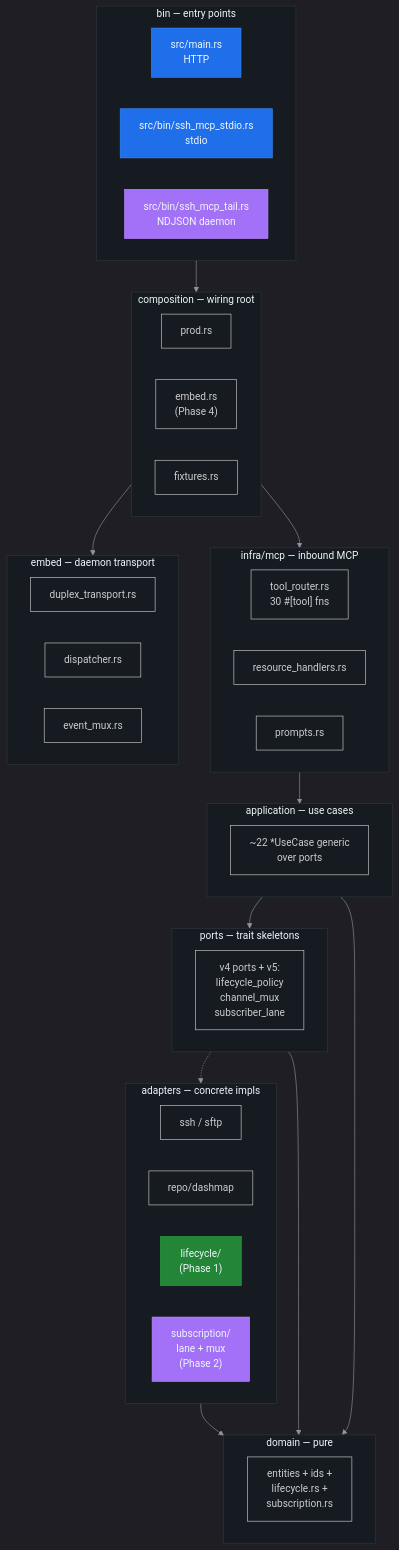
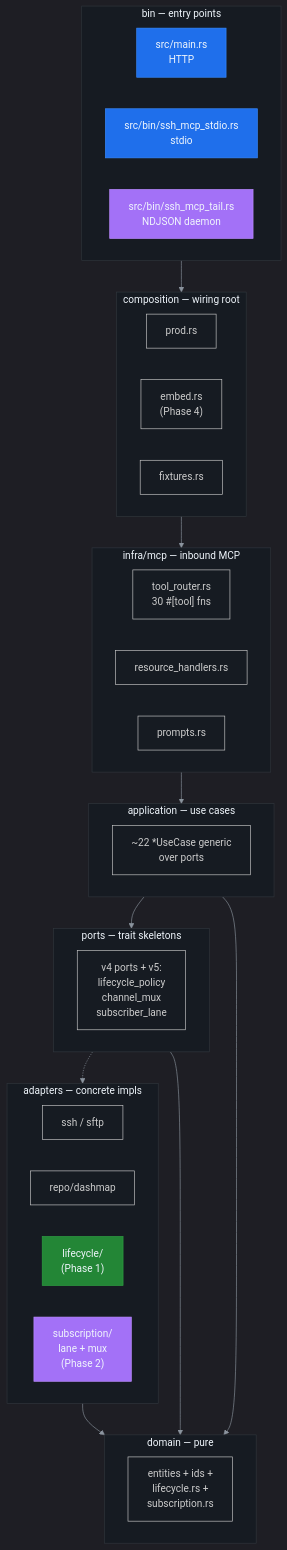
The first of 3 diagrams in CLAUDE.md (farchanjo/ssh-mcp), drawn with Mermaid before and after one commit. The commit also changed other lines of this file, not shown here.

First line of the commit message:
docs(cleanup): compact CLAUDE.md (remove ARCHITECTURE overlap)

````diff
--- a/CLAUDE.md
+++ b/CLAUDE.md
@@ -34,63 +26,56 @@
 ```mermaid
 %%{init: {'theme':'dark','themeVariables':{'primaryColor':'#1f6feb','primaryTextColor':'#f0f6fc','primaryBorderColor':'#388bfd','lineColor':'#8b949e','secondaryColor':'#161b22','tertiaryColor':'#21262d','background':'#0d1117','mainBkg':'#161b22','secondBkg':'#21262d','tertiaryBkg':'#0d1117','nodeTextColor':'#f0f6fc','edgeLabelBackground':'#21262d','clusterBkg':'#161b22','clusterBorder':'#30363d','titleColor':'#f0f6fc'}}}%%
 flowchart TB
     subgraph BIN["bin — entry points"]
         HTTP["src/main.rs<br/>HTTP"]
         STDIO["src/bin/ssh_mcp_stdio.rs<br/>stdio"]
         TAIL["src/bin/ssh_mcp_tail.rs<br/>NDJSON daemon"]
     end
     subgraph COMP["composition — wiring root"]
         PROD["prod.rs"]
         EMBED["embed.rs<br/>(Phase 4)"]
         FIX["fixtures.rs"]
-    end
-    subgraph EMBEDLAYER["embed — daemon transport"]
-        DUPLEX["duplex_transport.rs"]
-        DISP["dispatcher.rs"]
-        EVMUX["event_mux.rs"]
     end
     subgraph INFRA["infra/mcp — inbound MCP"]
         TR["tool_router.rs<br/>30 #[tool] fns"]
         RES["resource_handlers.rs"]
         PROMPTS["prompts.rs"]
     end
     subgraph APP["application — use cases"]
         UC["~22 *UseCase generic<br/>over ports"]
     end
     subgraph PORTS["ports — trait skeletons"]
         VPORTS["v4 ports + v5:<br/>lifecycle_policy<br/>channel_mux<br/>subscriber_lane"]
     end
     subgraph ADAPT["adapters — concrete impls"]
         RUSSH["ssh / sftp"]
         REPO["repo/dashmap"]
         LIFE["lifecycle/<br/>(Phase 1)"]
         SUBLANE["subscription/<br/>lane + mux<br/>(Phase 2)"]
     end
     subgraph DOMAIN["domain — pure"]
         ENT["entities + ids +<br/>lifecycle.rs +<br/>subscription.rs"]
     end
 
     BIN --> COMP
-    COMP --> EMBEDLAYER
     COMP --> INFRA
     INFRA --> APP
     APP --> PORTS
     PORTS -.-> ADAPT
     ADAPT --> DOMAIN
     APP --> DOMAIN
     PORTS --> DOMAIN
 
     style BIN fill:#161b22,color:#f0f6fc,stroke:#30363d
     style COMP fill:#161b22,color:#f0f6fc,stroke:#30363d
     style INFRA fill:#161b22,color:#f0f6fc,stroke:#30363d
     style APP fill:#161b22,color:#f0f6fc,stroke:#30363d
     style PORTS fill:#161b22,color:#f0f6fc,stroke:#30363d
     style ADAPT fill:#161b22,color:#f0f6fc,stroke:#30363d
     style DOMAIN fill:#161b22,color:#f0f6fc,stroke:#30363d
-    style EMBEDLAYER fill:#161b22,color:#f0f6fc,stroke:#30363d
     style HTTP fill:#1f6feb,color:#f0f6fc,stroke:#388bfd
     style STDIO fill:#1f6feb,color:#f0f6fc,stroke:#388bfd
     style TAIL fill:#a371f7,color:#f0f6fc,stroke:#bc8cff
     style LIFE fill:#238636,color:#f0f6fc,stroke:#2ea043
     style SUBLANE fill:#a371f7,color:#f0f6fc,stroke:#bc8cff
 ```
````
